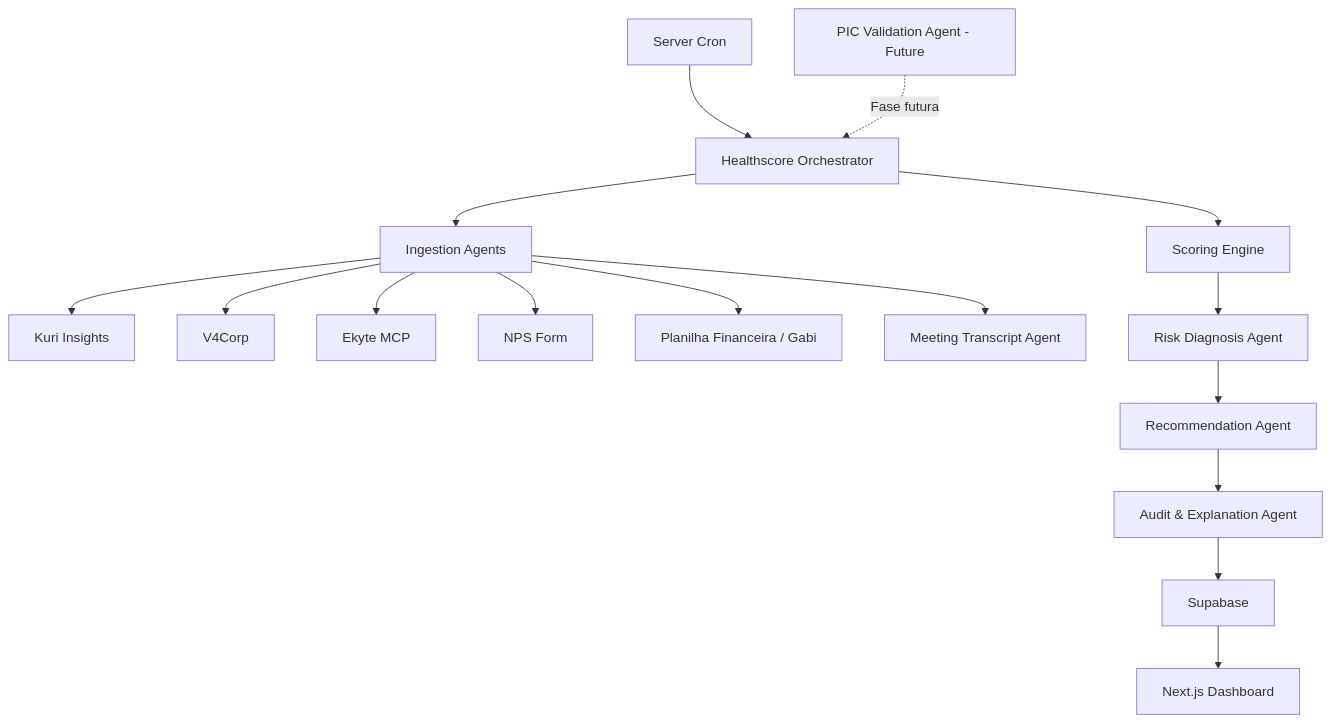
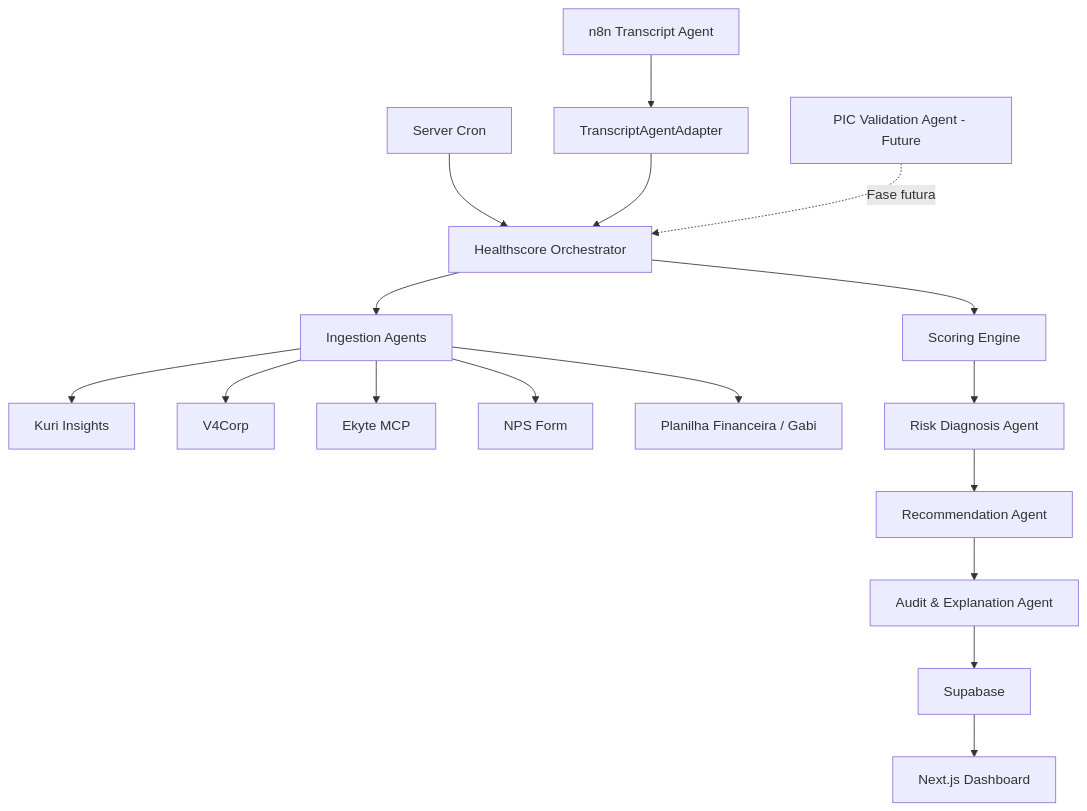
The diagram in README.md (JuanPaivaAthayde/healthscore_ia), drawn with Mermaid before and after one commit. The commit also changed other lines of this file, not shown here.

Commit message:
docs: update main readme architecture

````diff
--- a/README.md
+++ b/README.md
@@ -42,22 +64,23 @@
 ```mermaid
 flowchart TD
   CRON["Server Cron"] --> ORCH["Healthscore Orchestrator"]
 
   ORCH --> ING["Ingestion Agents"]
   ING --> KI["Kuri Insights"]
   ING --> V4["V4Corp"]
   ING --> EK["Ekyte MCP"]
   ING --> NPS["NPS Form"]
   ING --> FIN["Planilha Financeira / Gabi"]
-  ING --> TRS["Meeting Transcript Agent"]
+  N8N["n8n Transcript Agent"] --> TRS["TranscriptAgentAdapter"]
+  TRS --> ORCH
 
   ORCH --> SCORE["Scoring Engine"]
   SCORE --> RISK["Risk Diagnosis Agent"]
   RISK --> REC["Recommendation Agent"]
   REC --> AUDIT["Audit & Explanation Agent"]
 
   AUDIT --> DB["Supabase"]
   DB --> DASH["Next.js Dashboard"]
 
   PIC["PIC Validation Agent - Future"] -. "Fase futura" .-> ORCH
 ```
````
